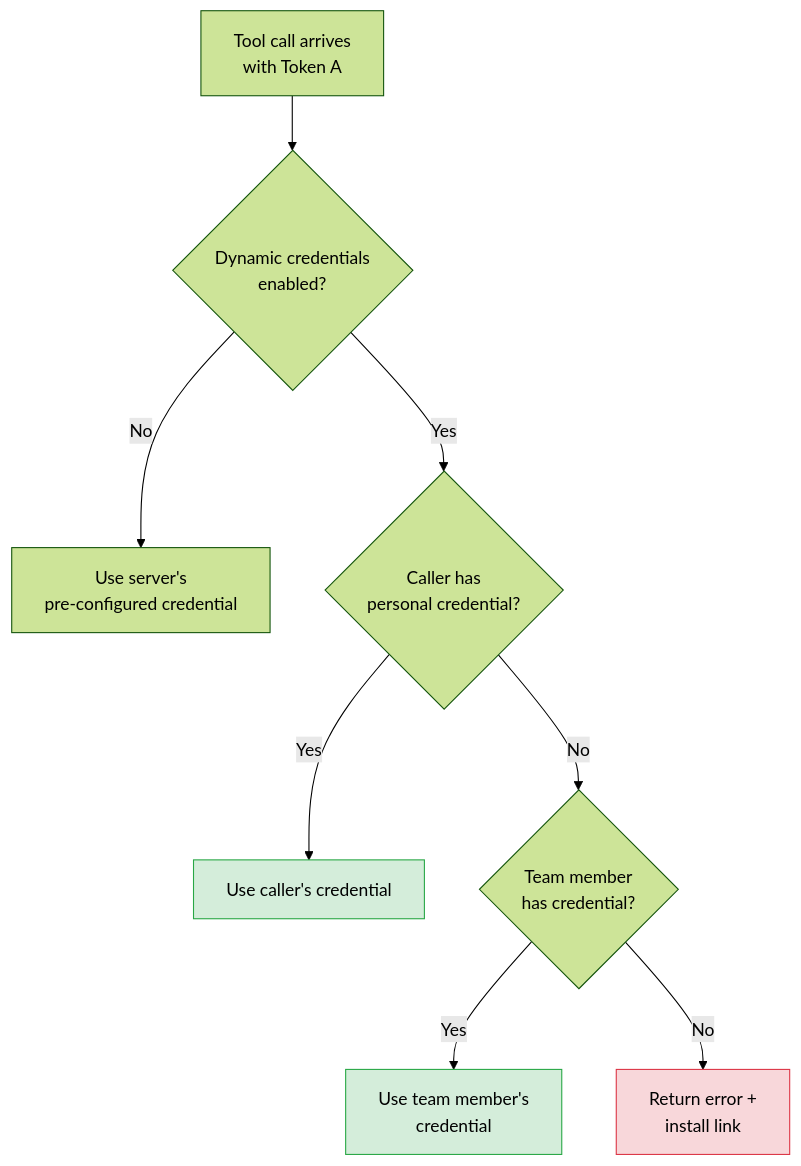
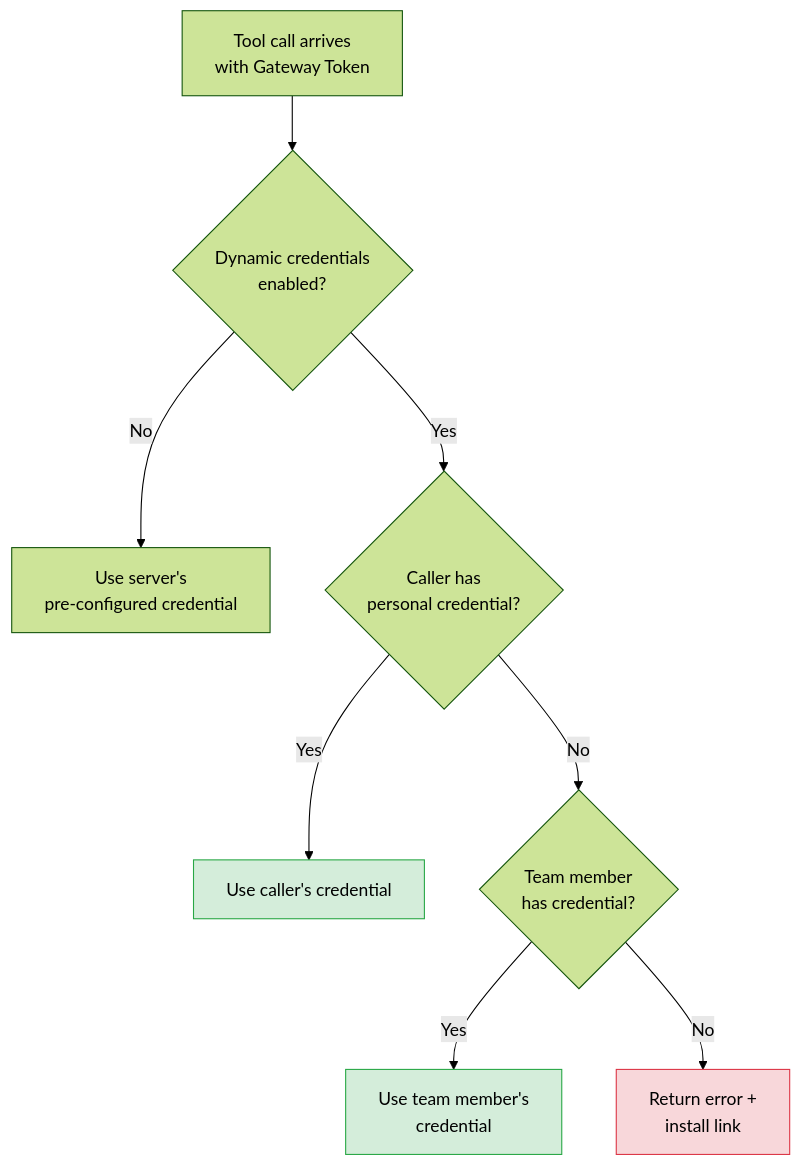
The second of 2 diagrams in docs/pages/mcp-authentication.md (archestra-ai/archestra), drawn with Mermaid (forest theme) before and after one commit. The commit also changed other lines of this file and 1 other file, not shown here.

````diff
--- a/docs/pages/mcp-authentication.md
+++ b/docs/pages/mcp-authentication.md
@@ -216,14 +216,14 @@
 ```mermaid
 flowchart TD
-    A["Tool call arrives<br/>with Token A"] --> B{Dynamic credentials<br/>enabled?}
+    A["Tool call arrives<br/>with Gateway Token"] --> B{Dynamic credentials<br/>enabled?}
     B -- No --> C["Use server's<br/>pre-configured credential"]
     B -- Yes --> D{Caller has<br/>personal credential?}
     D -- Yes --> E["Use caller's credential"]
     D -- No --> F{Team member<br/>has credential?}
     F -- Yes --> G["Use team member's<br/>credential"]
     F -- No --> J["Return error +<br/>install link"]
 
     style E fill:#d4edda,stroke:#28a745
     style G fill:#d4edda,stroke:#28a745
     style J fill:#f8d7da,stroke:#dc3545
 ```
````
